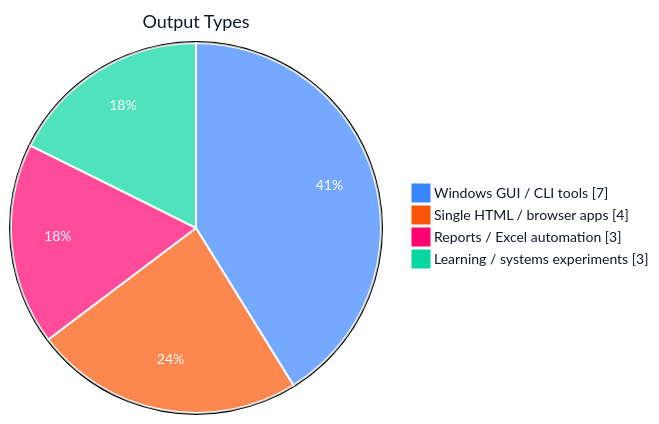
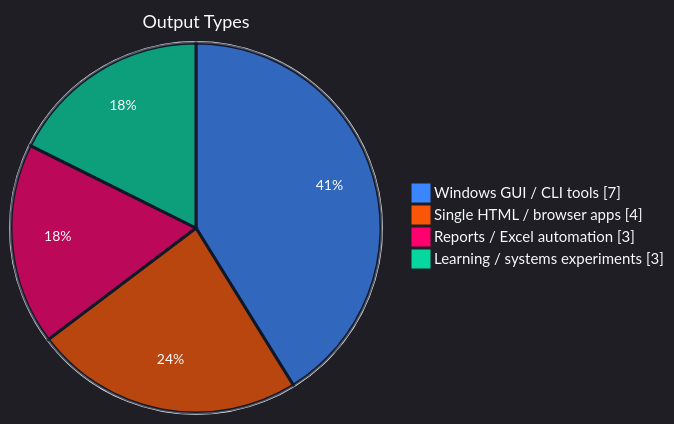
Before and after one commit to SSsan-00/SSsan-00: the second of 4 diagrams in README.md, drawn with Mermaid. The commit also changed other lines of this file, not shown here.

Commit message:
Improve pie chart label contrast

````diff
--- a/README.md
+++ b/README.md
@@ -43,9 +43,9 @@
 ```mermaid
-%%{init: {"theme": "base", "themeVariables": {"pie1": "#3a86ff", "pie2": "#fb5607", "pie3": "#ff006e", "pie4": "#06d6a0", "pieStrokeColor": "#ffffff", "pieStrokeWidth": "2px", "pieOuterStrokeWidth": "2px", "pieTitleTextColor": "#111827", "pieTitleTextSize": "18px", "pieLegendTextColor": "#111827", "pieLegendTextSize": "14px", "pieSectionTextColor": "#ffffff", "pieSectionTextSize": "14px"}}}%%
+%%{init: {"theme": "dark", "themeVariables": {"background": "#0f172a", "mainBkg": "#0f172a", "textColor": "#f8fafc", "primaryTextColor": "#f8fafc", "pie1": "#3a86ff", "pie2": "#fb5607", "pie3": "#ff006e", "pie4": "#06d6a0", "pieStrokeColor": "#0f172a", "pieStrokeWidth": "3px", "pieOuterStrokeColor": "#f8fafc", "pieOuterStrokeWidth": "2px", "pieTitleTextColor": "#f8fafc", "pieTitleTextSize": "18px", "pieLegendTextColor": "#f8fafc", "pieLegendTextSize": "15px", "pieSectionTextColor": "#ffffff", "pieSectionTextSize": "14px"}}}%%
 pie showData
   title Output Types
   "Windows GUI / CLI tools" : 7
   "Single HTML / browser apps" : 4
   "Reports / Excel automation" : 3
   "Learning / systems experiments" : 3
 ```
````
